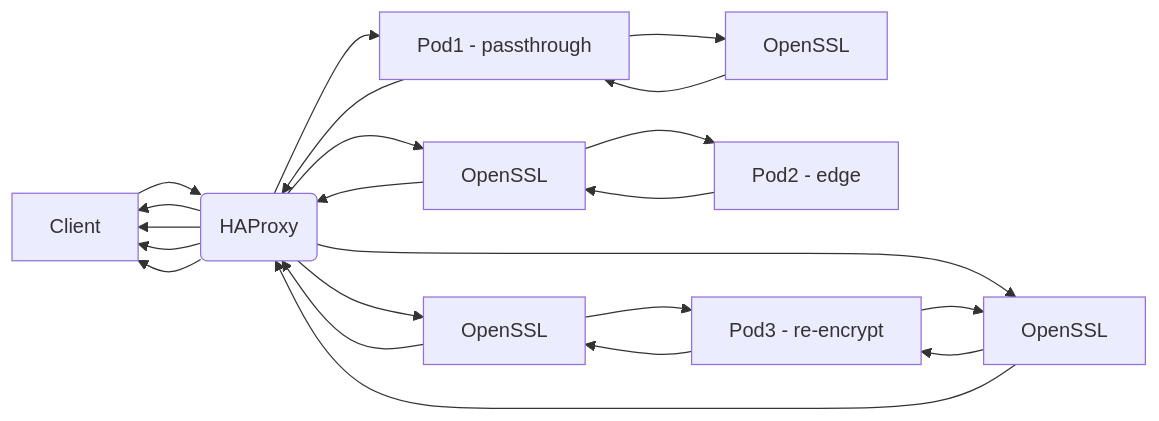
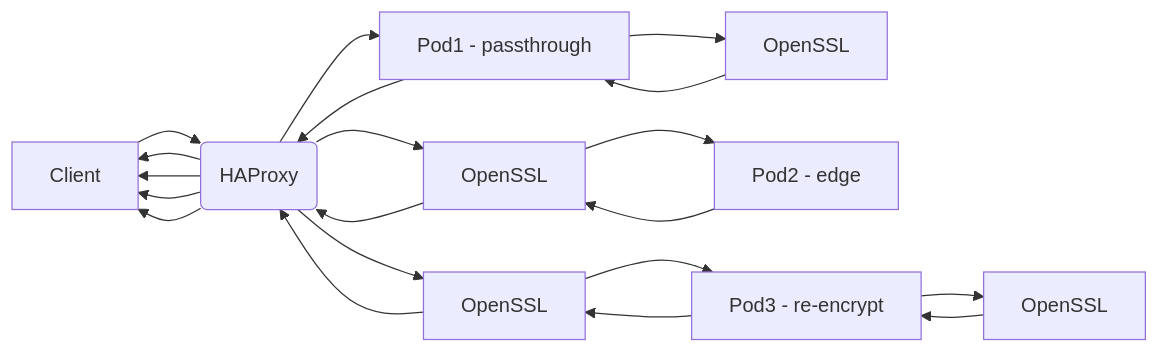
Before and after one commit to emmahone/haproxy-state-machine: the second of 7 diagrams in README.md, drawn with Mermaid.

````diff
--- a/README.md
+++ b/README.md
@@ -48,30 +48,28 @@
 ```mermaid
 graph LR
   A[Client] --> B(HAProxy);
   B --> C[Pod1 - passthrough];
   C --> B;
   B --> A;
   
   %% Passthrough
   B --> A;
   C --> J[OpenSSL];
   J --> C;
   
   %% Edge
   B --> E[OpenSSL];
   E --> F[Pod2 - edge];
   F --> E;
   E --> B;
   B --> A;
   
   %% Re-encrypt
-  B --> G[OpenSSL];
   G --> H[Pod3 - re-encrypt];
-  H --> G;
-  G --> B;
+  H --> G[OpenSSL];
   B --> I[OpenSSL];
   I --> H;
   H --> I;
   I --> B;
   B --> A;
 ```
````
